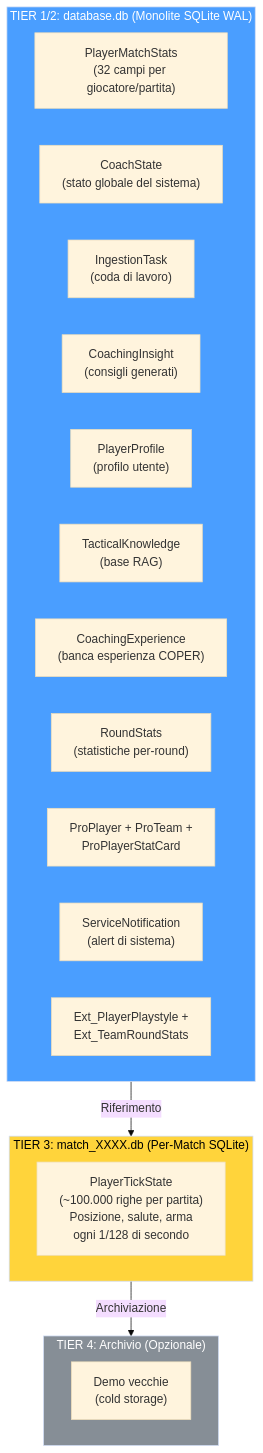
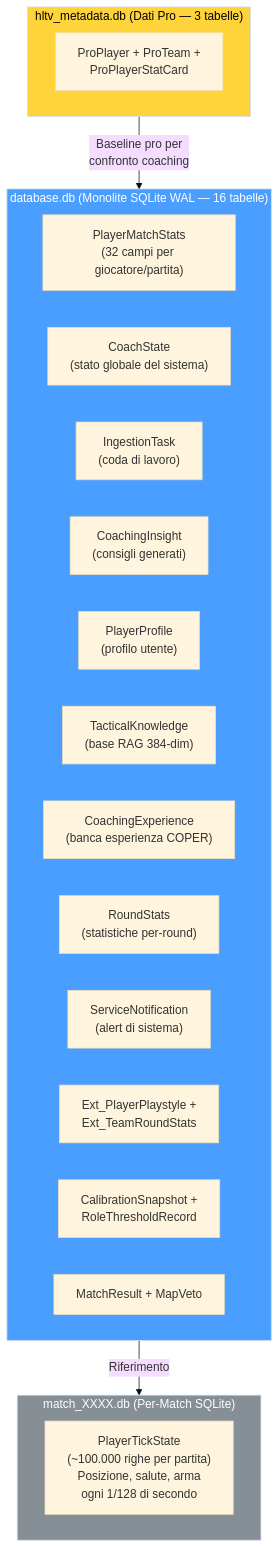
Diagram 23 of 55 in docs/Book-Coach-3.md (renanaugustomacena-ux/Counter-Strike-coach-AI), drawn with Mermaid (base theme) before and after one commit. The commit also changed other lines of this file, not shown here.

````diff
--- a/docs/Book-Coach-3.md
+++ b/docs/Book-Coach-3.md
@@ -1223,28 +1218,29 @@
 ```mermaid
 flowchart TB
-    subgraph T12["TIER 1/2: database.db (Monolite SQLite WAL)"]
+    subgraph T12["database.db (Monolite SQLite WAL — 16 tabelle)"]
         PMS["PlayerMatchStats<br/>(32 campi per giocatore/partita)"]
         CS["CoachState<br/>(stato globale del sistema)"]
         IT["IngestionTask<br/>(coda di lavoro)"]
         CI["CoachingInsight<br/>(consigli generati)"]
         PP["PlayerProfile<br/>(profilo utente)"]
-        TK["TacticalKnowledge<br/>(base RAG)"]
+        TK["TacticalKnowledge<br/>(base RAG 384-dim)"]
         CE["CoachingExperience<br/>(banca esperienza COPER)"]
         RS["RoundStats<br/>(statistiche per-round)"]
-        PRO["ProPlayer + ProTeam +<br/>ProPlayerStatCard"]
         SN["ServiceNotification<br/>(alert di sistema)"]
         EXT["Ext_PlayerPlaystyle +<br/>Ext_TeamRoundStats"]
+        CALIB_ST["CalibrationSnapshot +<br/>RoleThresholdRecord"]
+        MATCH_ST["MatchResult + MapVeto"]
     end
-    subgraph T3["TIER 3: match_XXXX.db (Per-Match SQLite)"]
+    subgraph T_HLTV["hltv_metadata.db (Dati Pro — 3 tabelle)"]
+        PRO["ProPlayer + ProTeam +<br/>ProPlayerStatCard"]
+    end
+    subgraph T3["match_XXXX.db (Per-Match SQLite)"]
         PTS["PlayerTickState<br/>(~100.000 righe per partita)<br/>Posizione, salute, arma<br/>ogni 1/128 di secondo"]
     end
-    subgraph T4["TIER 4: Archivio (Opzionale)"]
-        OLD["Demo vecchie<br/>(cold storage)"]
-    end
     T12 -->|"Riferimento"| T3
-    T3 -->|"Archiviazione"| T4
+    T_HLTV -->|"Baseline pro per<br/>confronto coaching"| T12
 
     style T12 fill:#4a9eff,color:#fff
-    style T3 fill:#ffd43b,color:#000
-    style T4 fill:#868e96,color:#fff
+    style T_HLTV fill:#ffd43b,color:#000
+    style T3 fill:#868e96,color:#fff
 ```
````
